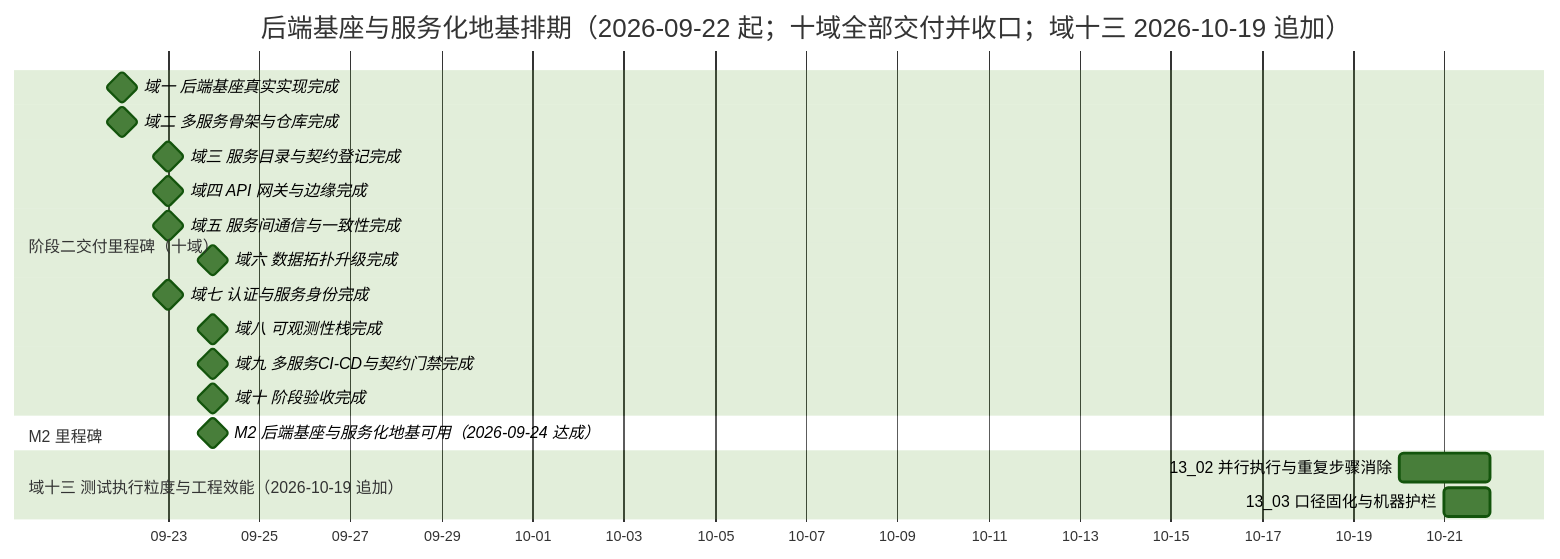
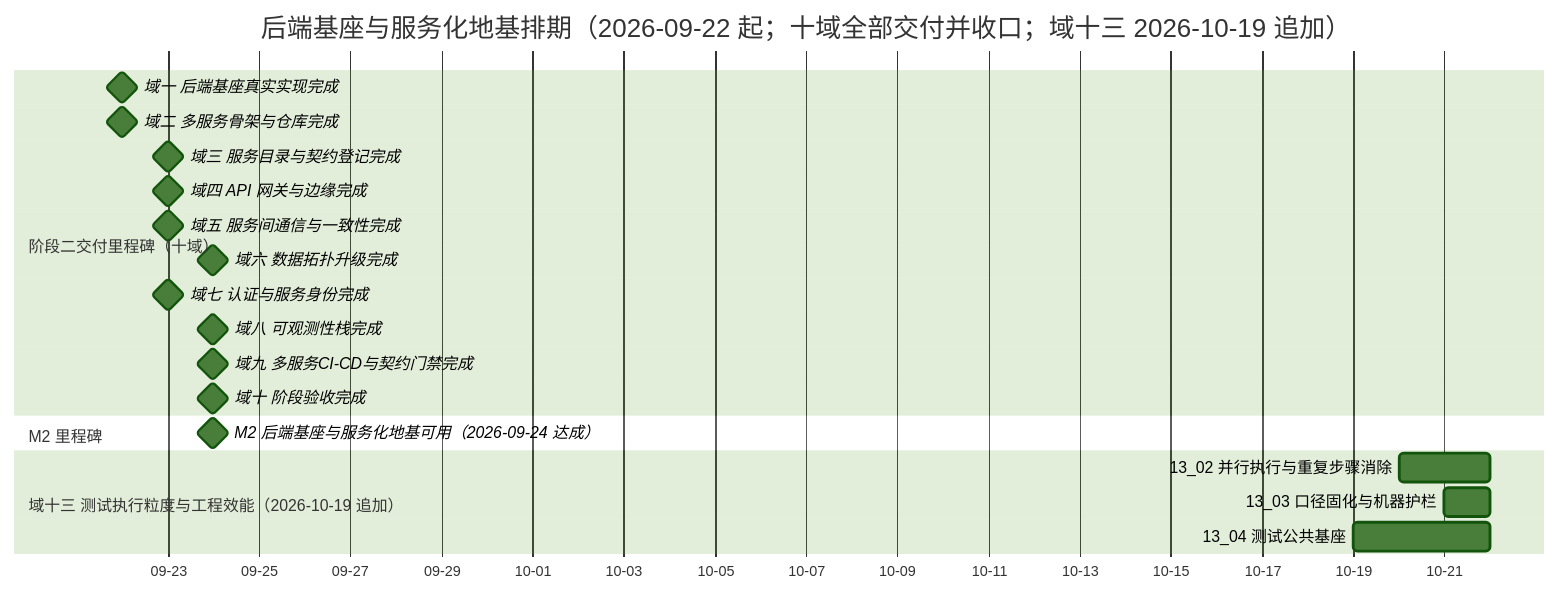
The diagram in bms文档/项目/02_后端基座与服务化地基/计划/01_计划_后端基座与服务化地基.md (minjian123/basic-management-system), drawn with Mermaid (forest theme) before and after one commit. The commit also changed other lines of this file and 5 other files, not shown here.

````diff
--- a/bms文档/项目/02_后端基座与服务化地基/计划/01_计划_后端基座与服务化地基.md
+++ b/bms文档/项目/02_后端基座与服务化地基/计划/01_计划_后端基座与服务化地基.md
@@ -82,22 +83,23 @@
 ```mermaid
 gantt
     title 后端基座与服务化地基排期（2026-09-22 起；十域全部交付并收口；域十三 2026-10-19 追加）
     dateFormat  YYYY-MM-DD
     axisFormat %m-%d
     section 阶段二交付里程碑（十域）
     域一 后端基座真实实现完成 :milestone, m01, 2026-09-22, 0d
     域二 多服务骨架与仓库完成 :milestone, m02, 2026-09-22, 0d
     域三 服务目录与契约登记完成 :milestone, m03, 2026-09-23, 0d
     域四 API 网关与边缘完成 :milestone, m04, 2026-09-23, 0d
     域五 服务间通信与一致性完成 :milestone, m05, 2026-09-23, 0d
     域六 数据拓扑升级完成 :milestone, m06, 2026-09-24, 0d
     域七 认证与服务身份完成 :milestone, m07, 2026-09-23, 0d
     域八 可观测性栈完成 :milestone, m08, 2026-09-24, 0d
     域九 多服务CI-CD与契约门禁完成 :milestone, m09, 2026-09-24, 0d
     域十 阶段验收完成 :milestone, m10, 2026-09-24, 0d
     section M2 里程碑
     M2 后端基座与服务化地基可用（2026-09-24 达成） :milestone, mm2, 2026-09-24, 0d
     section 域十三 测试执行粒度与工程效能（2026-10-19 追加）
     13_02 并行执行与重复步骤消除 :t1302, 2026-10-20, 2d
     13_03 口径固化与机器护栏 :t1303, 2026-10-21, 1d
+    13_04 测试公共基座 :t1304, 2026-10-19, 3d
 ```
````
